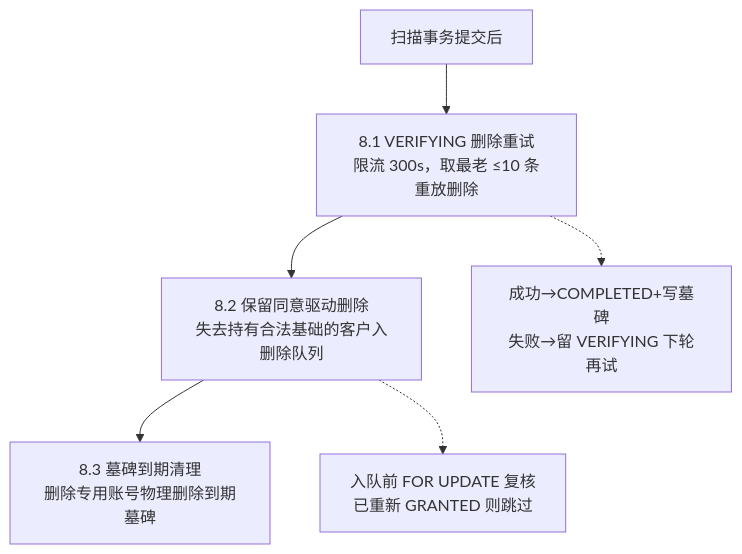
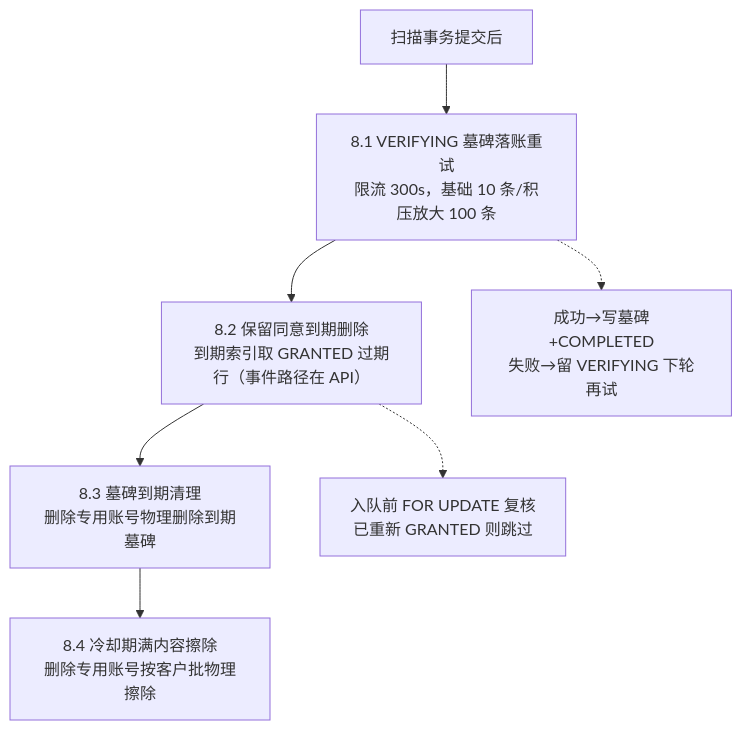
One commit to luming1617/mms changed the fifth of 11 diagrams in docs/0-概要设计/4-Convergence组件设计.md. Above: the diagram before and after it, drawn with Mermaid. The commit also changed other lines of this file and 4 other files, not shown here.

````diff
--- a/docs/0-概要设计/4-Convergence组件设计.md
+++ b/docs/0-概要设计/4-Convergence组件设计.md
@@ -377,8 +374,9 @@
 ```mermaid
 graph TD
-    A["扫描事务提交后"] --> B["8.1 VERIFYING 删除重试<br/>限流 300s，取最老 ≤10 条重放删除"]
-    B --> C["8.2 保留同意驱动删除<br/>失去持有合法基础的客户入删除队列"]
+    A["扫描事务提交后"] --> B["8.1 VERIFYING 墓碑落账重试<br/>限流 300s，基础 10 条/积压放大 100 条"]
+    B --> C["8.2 保留同意到期删除<br/>到期索引取 GRANTED 过期行（事件路径在 API）"]
     C --> D["8.3 墓碑到期清理<br/>删除专用账号物理删除到期墓碑"]
-    B -.-> E["成功→COMPLETED+写墓碑<br/>失败→留 VERIFYING 下轮再试"]
+    D --> G["8.4 冷却期满内容擦除<br/>删除专用账号按客户批物理擦除"]
+    B -.-> E["成功→写墓碑+COMPLETED<br/>失败→留 VERIFYING 下轮再试"]
     C -.-> F["入队前 FOR UPDATE 复核<br/>已重新 GRANTED 则跳过"]
 ```
````
